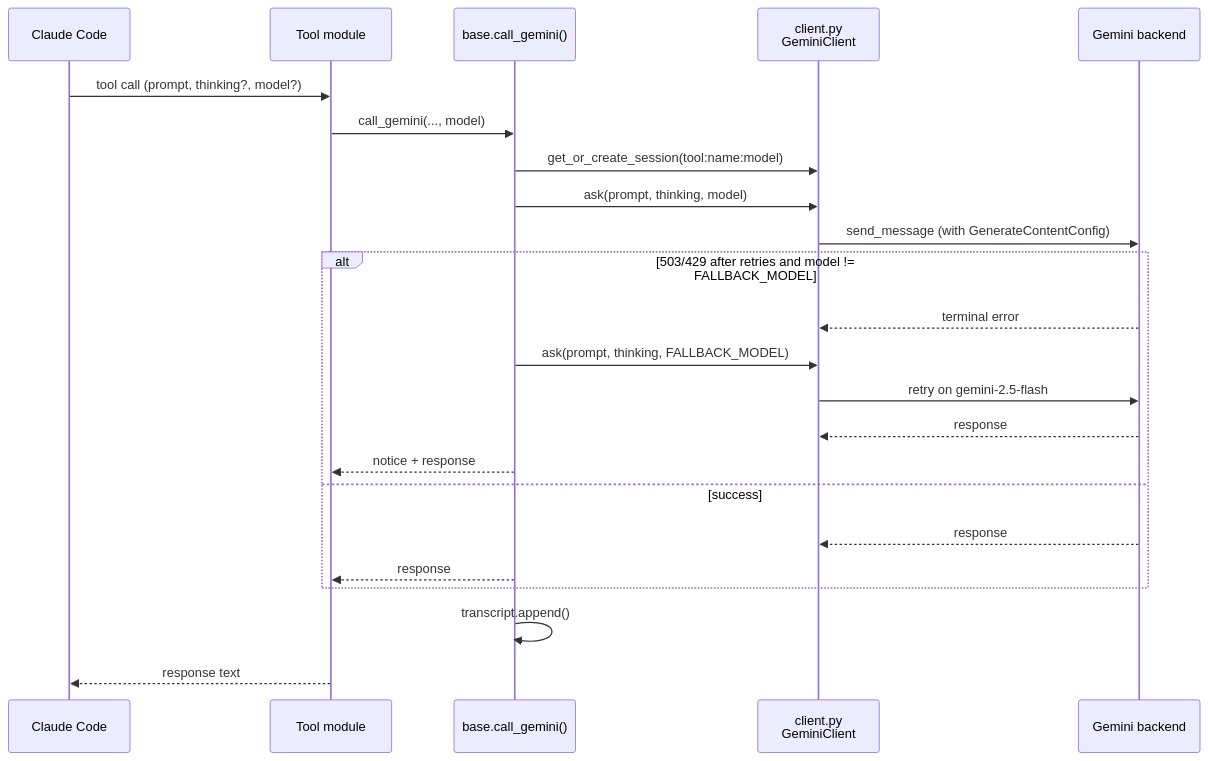
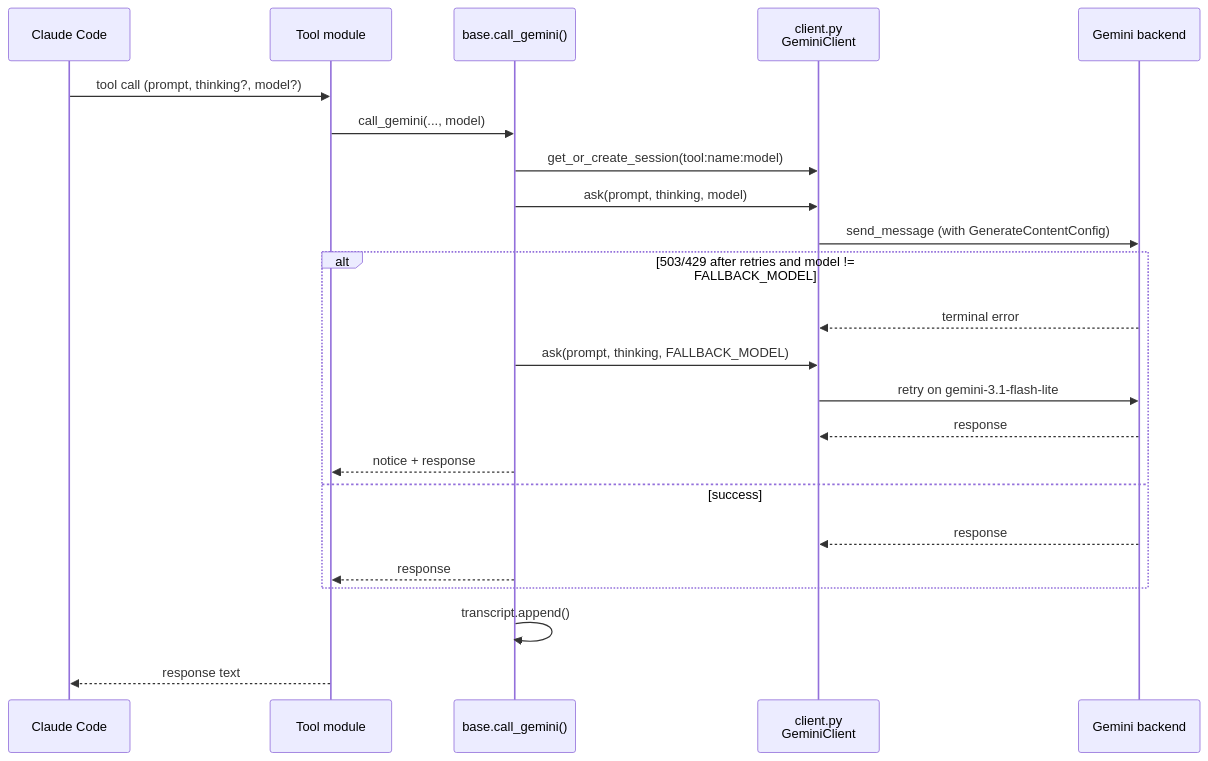
Before and after one commit to PCS-LAB-ORG/gemini-bridge: the second of 2 diagrams in docs/architecture.md, drawn with Mermaid. The commit also changed 9 other files, not shown here.

````diff
--- a/docs/architecture.md
+++ b/docs/architecture.md
@@ -48,26 +48,26 @@
 ```mermaid
 sequenceDiagram
     participant CC as Claude Code
     participant T as Tool module
     participant B as base.call_gemini()
     participant C as client.py<br/>GeminiClient
     participant G as Gemini backend
 
     CC->>T: tool call (prompt, thinking?, model?)
     T->>B: call_gemini(..., model)
     B->>C: get_or_create_session(tool:name:model)
     B->>C: ask(prompt, thinking, model)
     C->>G: send_message (with GenerateContentConfig)
     alt 503/429 after retries and model != FALLBACK_MODEL
         G-->>C: terminal error
         B->>C: ask(prompt, thinking, FALLBACK_MODEL)
-        C->>G: retry on gemini-2.5-flash
+        C->>G: retry on gemini-3.1-flash-lite
         G-->>C: response
         B-->>T: notice + response
     else success
         G-->>C: response
         B-->>T: response
     end
     B->>B: transcript.append()
     T-->>CC: response text
 ```
````
